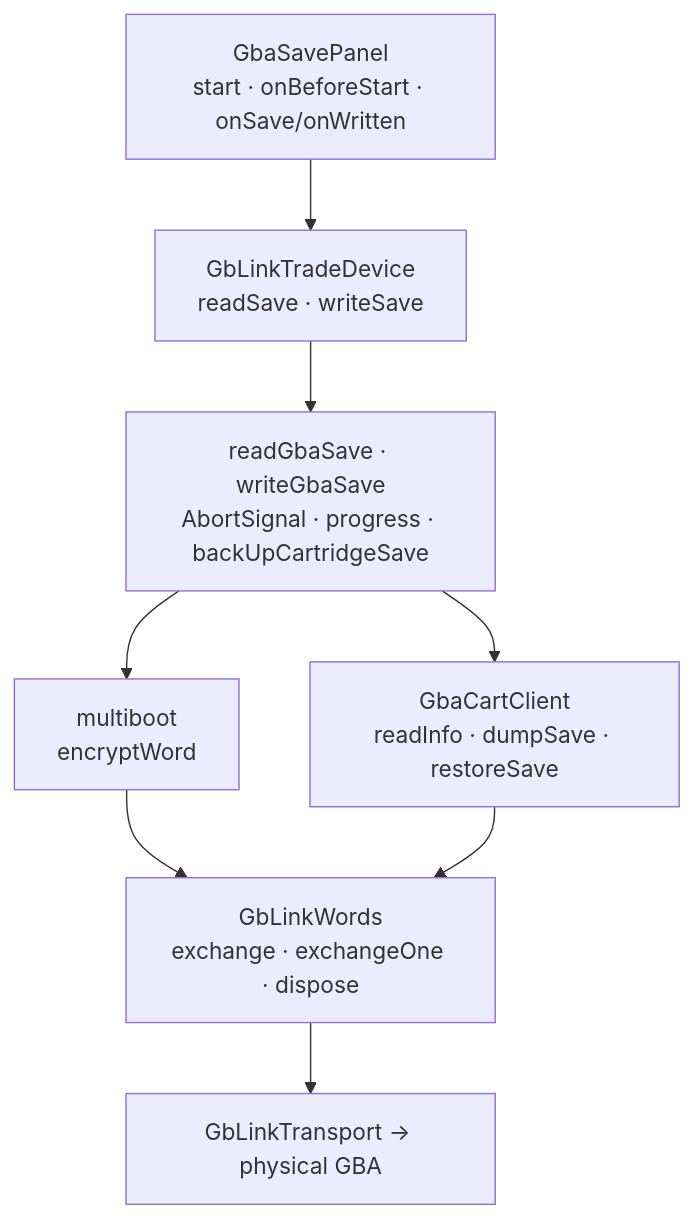
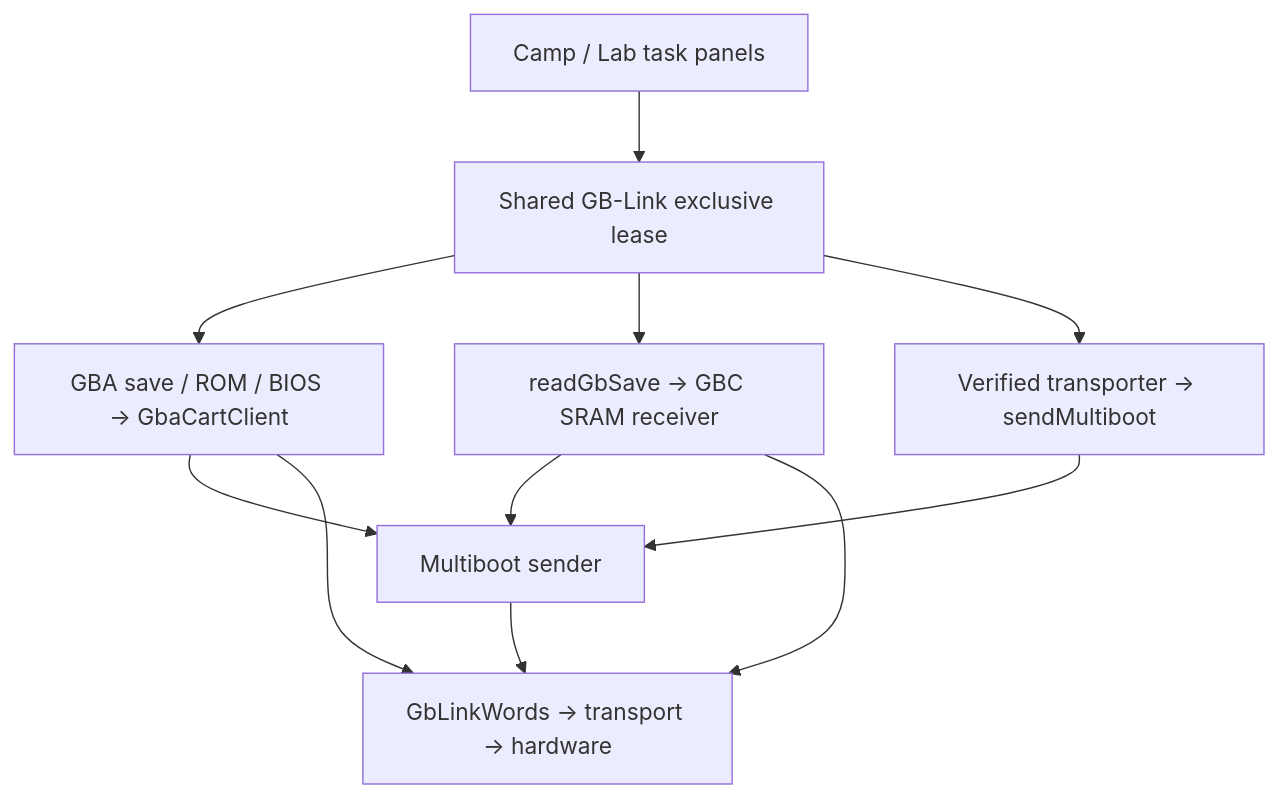
The diagram in src/services/gbaSaveDump/ARCHITECTURE.md (MercuryEnigma/pkcamp), drawn with Mermaid before and after one commit. The commit also changed other lines of this file and 133 other files, not shown here.

````diff
--- a/src/services/gbaSaveDump/ARCHITECTURE.md
+++ b/src/services/gbaSaveDump/ARCHITECTURE.md
@@ -15,9 +20,13 @@
 ```mermaid
 flowchart TB
-  Panel["GbaSavePanel<br/>start · onBeforeStart · onSave/onWritten"] --> Device["GbLinkTradeDevice<br/>readSave · writeSave"]
-  Device --> Entry["readGbaSave · writeGbaSave<br/>AbortSignal · progress · backUpCartridgeSave"]
-  Entry --> Boot["multiboot<br/>encryptWord"]
-  Entry --> Client["GbaCartClient<br/>readInfo · dumpSave · restoreSave"]
-  Boot & Client --> Words["GbLinkWords<br/>exchange · exchangeOne · dispose"]
-  Words --> Transport["GbLinkTransport → physical GBA"]
+  UI["Camp / Lab task panels"] --> Lease["Shared GB-Link exclusive lease"]
+  Lease --> GBA["GBA save / ROM / BIOS → GbaCartClient"]
+  Lease --> GBC["readGbSave → GBC SRAM receiver"]
+  Lease --> Launch["Verified transporter → sendMultiboot"]
+  GBA --> Boot["Multiboot sender"]
+  GBC --> Boot
+  Launch --> Boot
+  Boot --> Words["GbLinkWords → transport → hardware"]
+  GBA --> Words
+  GBC --> Words
 ```
````
